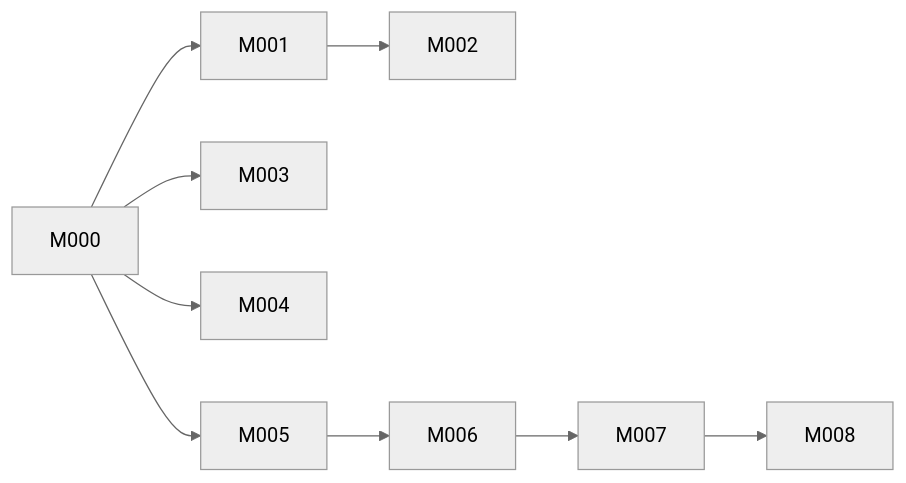
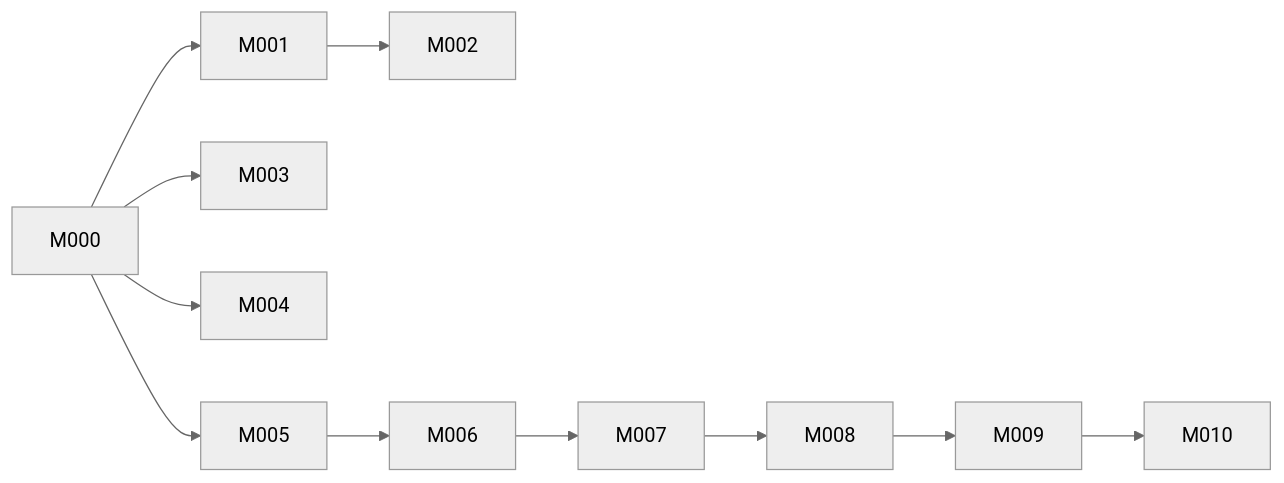
Before and after one commit to eskobar95/mercflow: the diagram in .factory/planning/milestones.md, drawn with Mermaid (neutral theme). The commit also changed other lines of this file and 4 other files, not shown here.

````diff
--- a/.factory/planning/milestones.md
+++ b/.factory/planning/milestones.md
@@ -300,11 +343,13 @@
 ```mermaid
 flowchart LR
   M000 --> M001
   M000 --> M003
   M000 --> M004
   M000 --> M005
   M001 --> M002
   M005 --> M006
   M006 --> M007
   M007 --> M008
+  M008 --> M009
+  M009 --> M010
 ```
````
